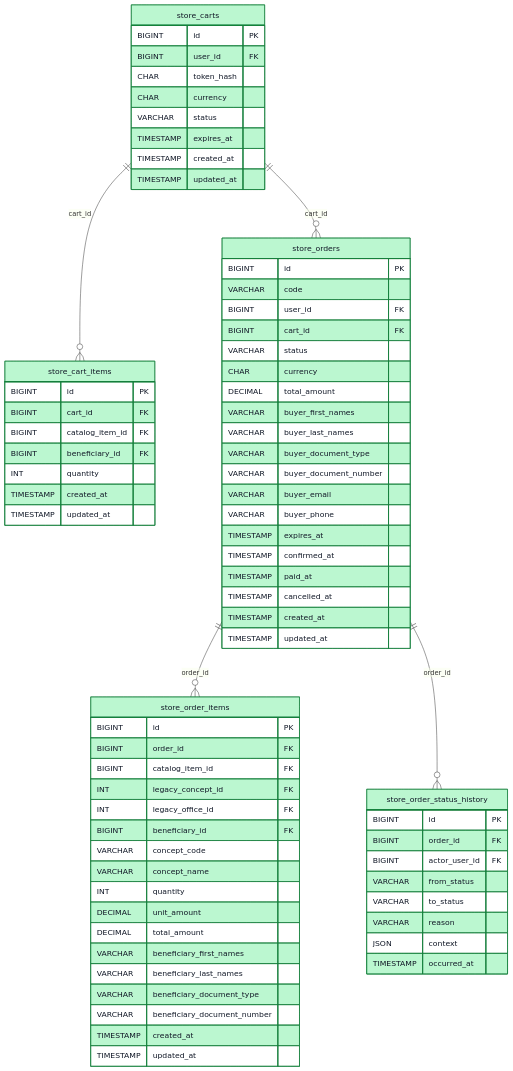
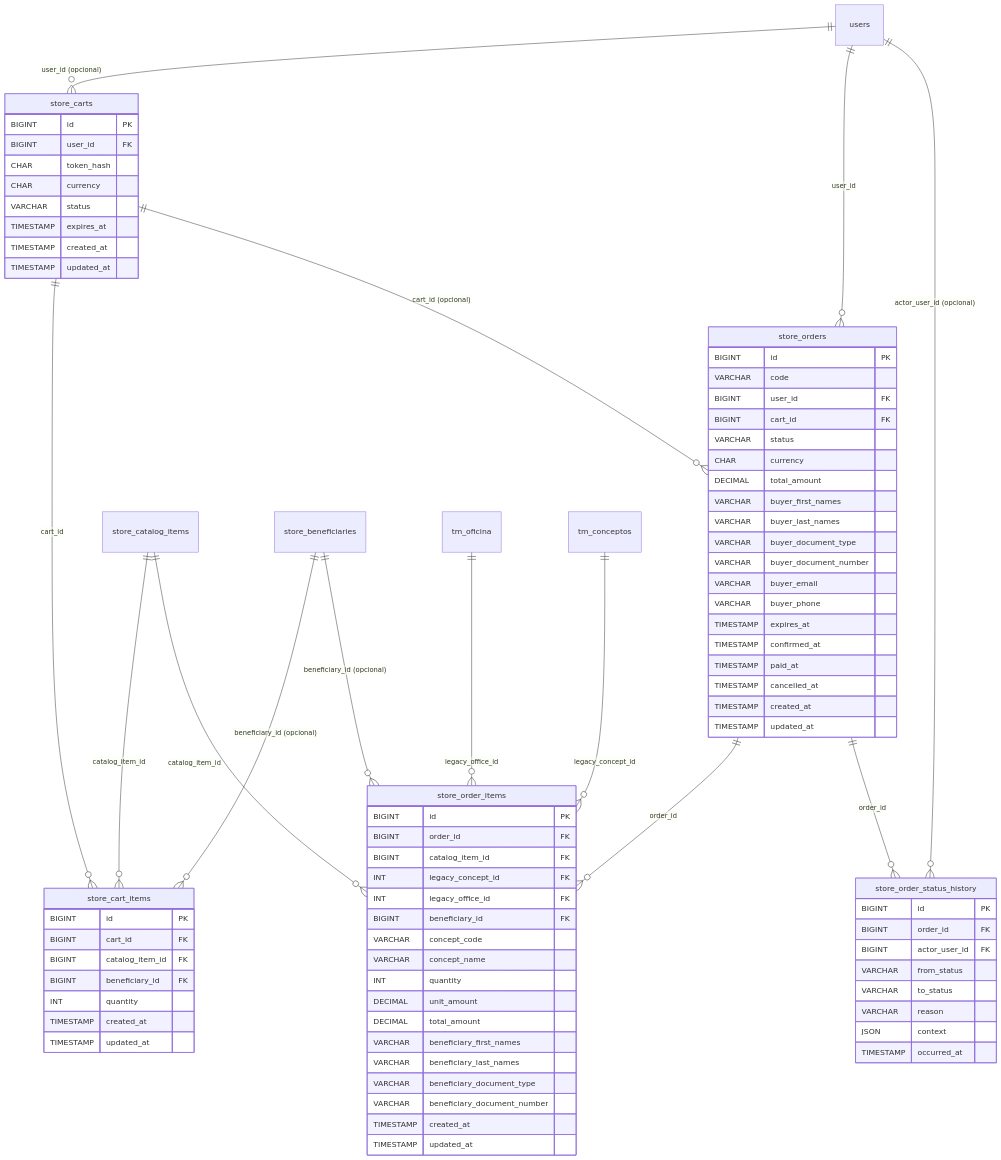
One commit to JIMMY1012102/UNDC-Pagos-Posgrado changed the diagram in docs/modelo-datos/pedidos.md. Above: the diagram before and after it, drawn with Mermaid. The commit also changed other lines of this file, not shown here.

Commit message:
docs(db): completar FK externas y cardinalidades de pedidos

````diff
--- a/docs/modelo-datos/pedidos.md
+++ b/docs/modelo-datos/pedidos.md
@@ -71,13 +71,17 @@
 JSON context
 TIMESTAMP occurred_at
   }
+  users ||--o{ store_carts : "user_id (opcional)"
   store_carts ||--o{ store_cart_items : "cart_id"
-  store_carts ||--o{ store_orders : "cart_id"
+  store_catalog_items ||--o{ store_cart_items : "catalog_item_id"
+  store_beneficiaries ||--o{ store_cart_items : "beneficiary_id (opcional)"
+  users ||--o{ store_orders : "user_id"
+  store_carts ||--o{ store_orders : "cart_id (opcional)"
   store_orders ||--o{ store_order_items : "order_id"
+  store_catalog_items ||--o{ store_order_items : "catalog_item_id"
+  store_beneficiaries ||--o{ store_order_items : "beneficiary_id (opcional)"
+  tm_oficina ||--o{ store_order_items : "legacy_office_id"
+  tm_conceptos ||--o{ store_order_items : "legacy_concept_id"
   store_orders ||--o{ store_order_status_history : "order_id"
-  style store_carts fill:#BBF7D0,stroke:#15803D,color:#111827
-  style store_cart_items fill:#BBF7D0,stroke:#15803D,color:#111827
-  style store_orders fill:#BBF7D0,stroke:#15803D,color:#111827
-  style store_order_items fill:#BBF7D0,stroke:#15803D,color:#111827
-  style store_order_status_history fill:#BBF7D0,stroke:#15803D,color:#111827
+  users ||--o{ store_order_status_history : "actor_user_id (opcional)"
 ```
````
